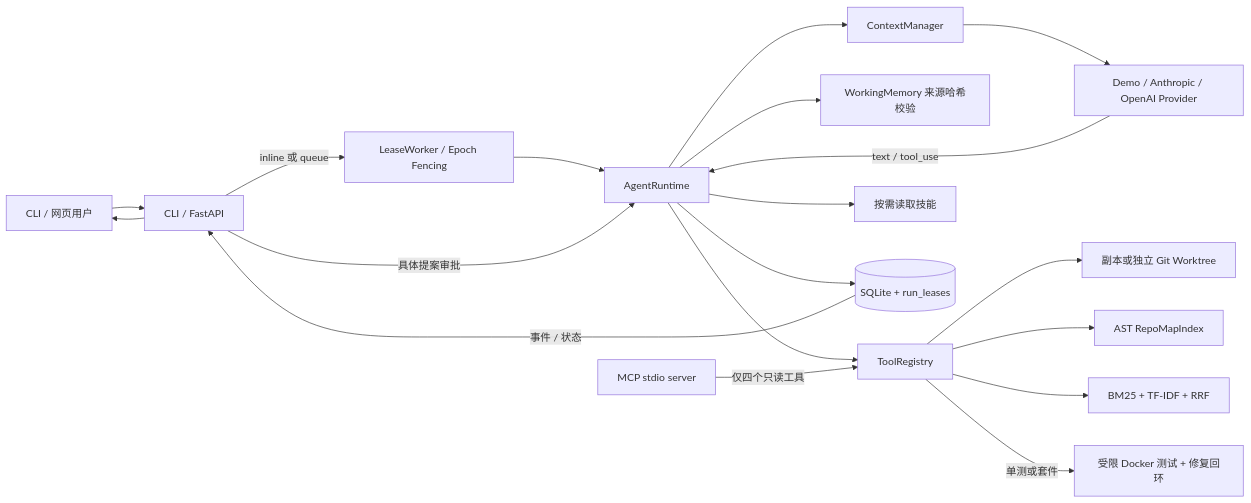
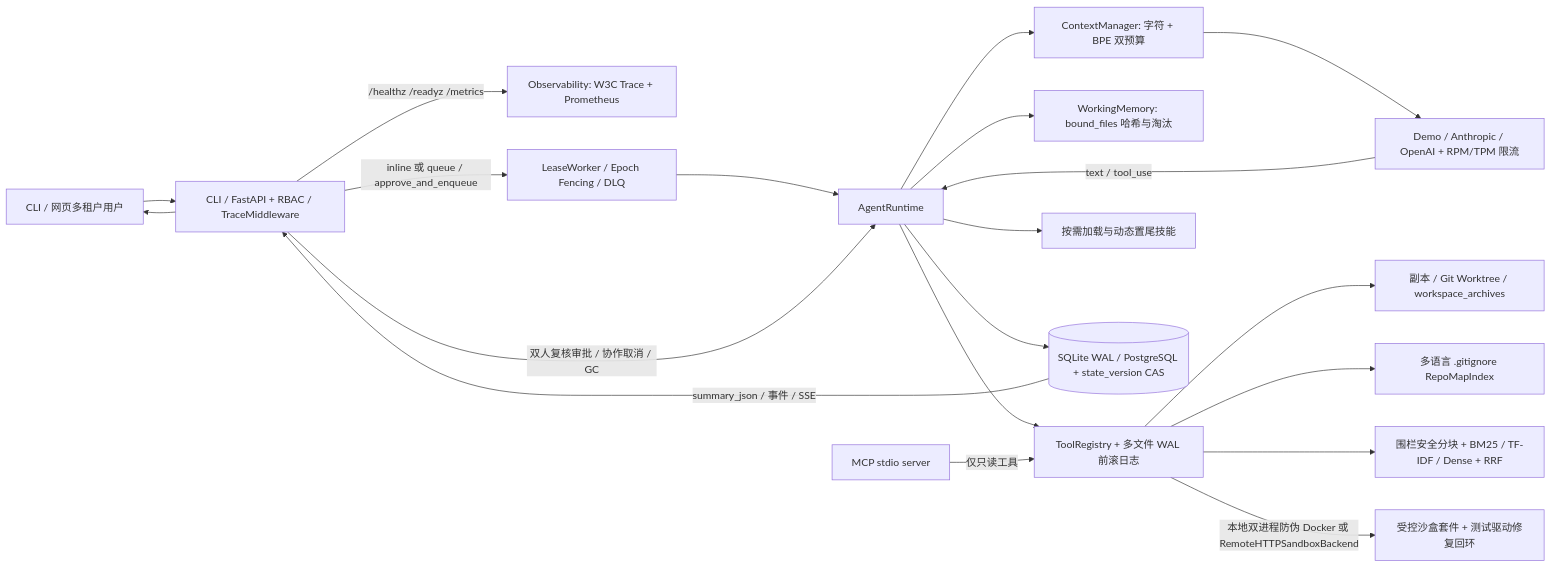
The first of 3 diagrams in docs/architecture.md (CambridgeZ/agent-systems-lab), drawn with Mermaid before and after one commit. The commit also changed other lines of this file and 58 other files, not shown here.

First line of the commit message:
feat: add host/GUI computer use, MCP client, subagents, HA hardening, and Dreaming memory

````diff
--- a/docs/architecture.md
+++ b/docs/architecture.md
@@ -9,21 +9,22 @@
 ```mermaid
 flowchart LR
-    User[CLI / 网页用户] --> API[CLI / FastAPI]
-    API -->|inline 或 queue| Lease[LeaseWorker / Epoch Fencing]
+    User[CLI / 网页多租户用户] --> API[CLI / FastAPI + RBAC / TraceMiddleware]
+    API -->|/healthz /readyz /metrics| Obs[Observability: W3C Trace + Prometheus]
+    API -->|inline 或 queue / approve_and_enqueue| Lease[LeaseWorker / Epoch Fencing / DLQ]
     Lease --> Runtime[AgentRuntime]
-    Runtime --> Context[ContextManager]
-    Runtime --> WM[WorkingMemory 来源哈希校验]
-    Context --> Provider[Demo / Anthropic / OpenAI Provider]
+    Runtime --> Context[ContextManager: 字符 + BPE 双预算]
+    Runtime --> WM[WorkingMemory: bound_files 哈希与淘汰]
+    Context --> Provider[Demo / Anthropic / OpenAI + RPM/TPM 限流]
     Provider -->|text / tool_use| Runtime
-    Runtime --> Registry[ToolRegistry]
-    Registry --> Repo[副本或独立 Git Worktree]
-    Registry --> RepoMap[AST RepoMapIndex]
-    Registry --> KB[BM25 + TF-IDF + RRF]
-    Runtime --> Skills[按需读取技能]
-    Runtime --> Storage[(SQLite + run_leases)]
-    API -->|具体提案审批| Runtime
-    Registry -->|单测或套件| Docker[受限 Docker 测试 + 修复回环]
-    Storage -->|事件 / 状态| API
+    Runtime --> Registry[ToolRegistry + 多文件 WAL 前滚日志]
+    Registry --> Repo[副本 / Git Worktree / workspace_archives]
+    Registry --> RepoMap[多语言 .gitignore RepoMapIndex]
+    Registry --> KB[围栏安全分块 + BM25 / TF-IDF / Dense + RRF]
+    Runtime --> Skills[按需加载与动态置尾技能]
+    Runtime --> Storage[(SQLite WAL / PostgreSQL + state_version CAS)]
+    API -->|双人复核审批 / 协作取消 / GC| Runtime
+    Registry -->|本地双进程防伪 Docker 或 RemoteHTTPSandboxBackend| Docker[受控沙盒套件 + 测试驱动修复回环]
+    Storage -->|summary_json / 事件 / SSE| API
     API --> User
-    MCP[MCP stdio server] -->|仅四个只读工具| Registry
+    MCP[MCP stdio server] -->|仅只读工具| Registry
 ```
````
